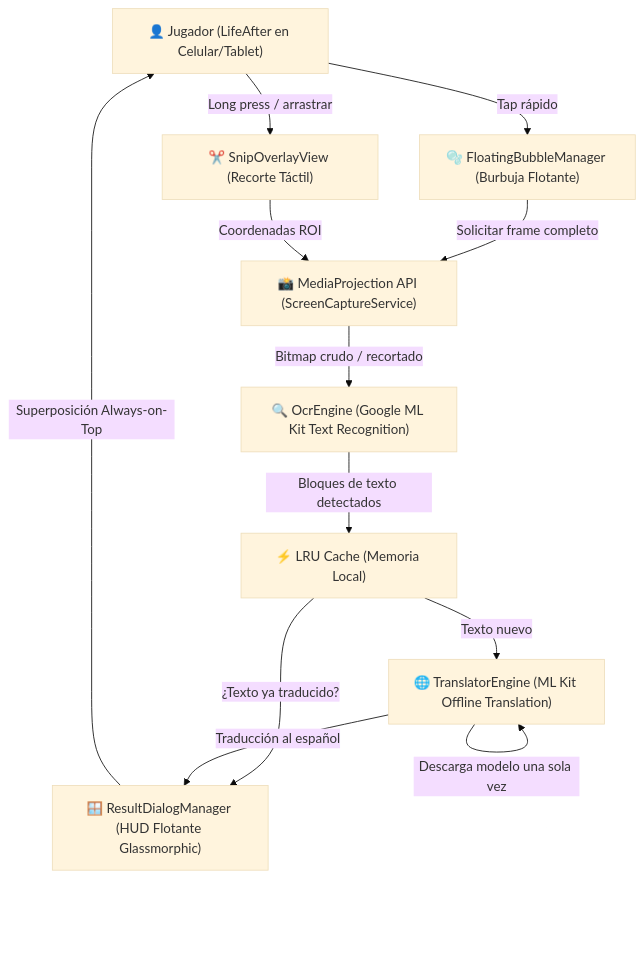
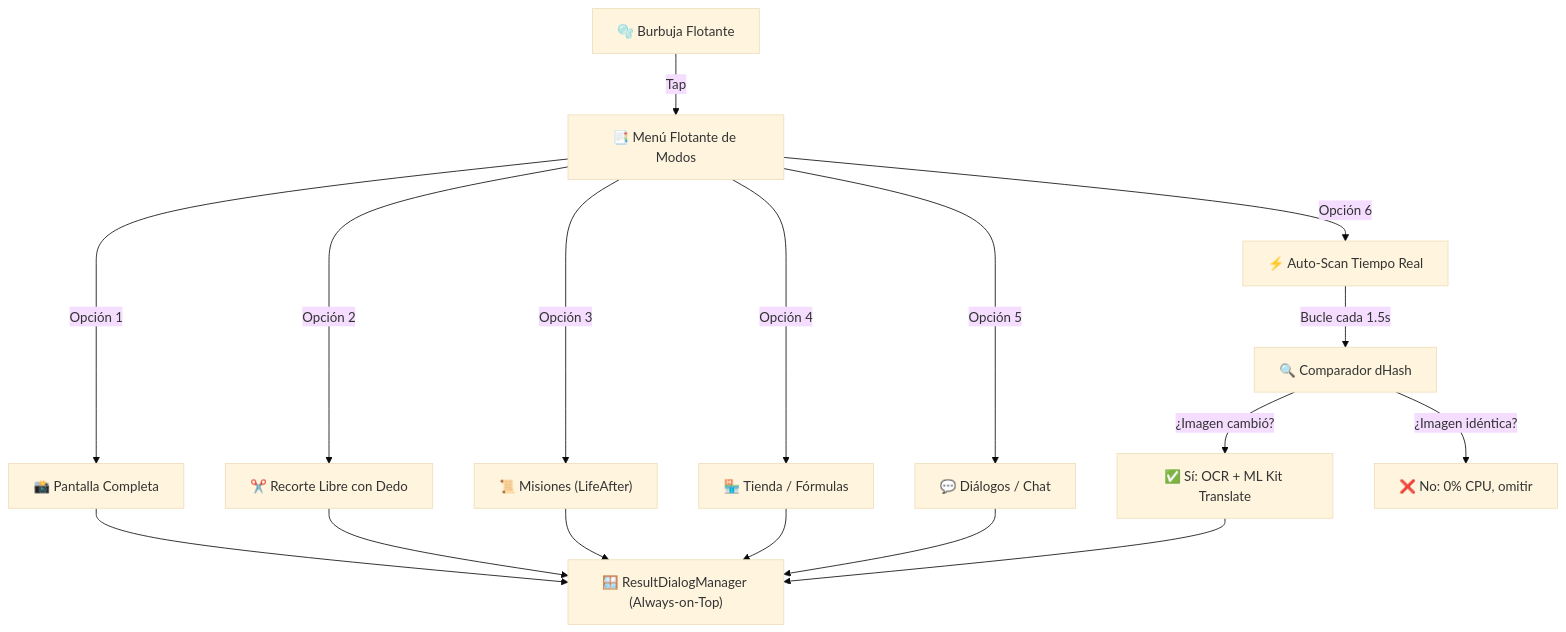
The diagram in docs/ARCHITECTURE.md (brayancortes22/traductor-de-juegos), drawn with Mermaid (base theme) before and after one commit. The commit also changed other lines of this file and 21 other files, not shown here.

Commit message:
feat: add real-time auto-scan with dHash, contextual LifeAfter modes (quests, shop, chat) and expandable floating menu

````diff
--- a/docs/ARCHITECTURE.md
+++ b/docs/ARCHITECTURE.md
@@ -10,23 +33,20 @@
 ```mermaid
 graph TD
-    User["👤 Jugador (LifeAfter en Celular/Tablet)"]
-    Bubble["🫧 FloatingBubbleManager (Burbuja Flotante)"]
-    Snip["✂️ SnipOverlayView (Recorte Táctil)"]
-    Capture["📸 MediaProjection API (ScreenCaptureService)"]
-    OCR["🔍 OcrEngine (Google ML Kit Text Recognition)"]
-    Cache["⚡ LRU Cache (Memoria Local)"]
-    Translate["🌐 TranslatorEngine (ML Kit Offline Translation)"]
-    ResultHUD["🪟 ResultDialogManager (HUD Flotante Glassmorphic)"]
+    Bubble["🫧 Burbuja Flotante"] -->|Tap| Menu["📑 Menú Flotante de Modos"]
+    Menu -->|Opción 1| Full["📸 Pantalla Completa"]
+    Menu -->|Opción 2| Crop["✂️ Recorte Libre con Dedo"]
+    Menu -->|Opción 3| Quests["📜 Misiones (LifeAfter)"]
+    Menu -->|Opción 4| Shop["🏪 Tienda / Fórmulas"]
+    Menu -->|Opción 5| Chat["💬 Diálogos / Chat"]
+    Menu -->|Opción 6| RealTime["⚡ Auto-Scan Tiempo Real"]
 
-    User -->|Tap rápido| Bubble
-    User -->|Long press / arrastrar| Snip
-    Bubble -->|Solicitar frame completo| Capture
-    Snip -->|Coordenadas ROI| Capture
-    Capture -->|Bitmap crudo / recortado| OCR
-    OCR -->|Bloques de texto detectados| Cache
-    Cache -->|¿Texto ya traducido?| ResultHUD
-    Cache -->|Texto nuevo| Translate
-    Translate -->|Descarga modelo una sola vez| Translate
-    Translate -->|Traducción al español| ResultHUD
-    ResultHUD -->|Superposición Always-on-Top| User
+    RealTime -->|Bucle cada 1.5s| dHash["🔍 Comparador dHash"]
+    dHash -->|¿Imagen cambió?| Yes["✅ Sí: OCR + ML Kit Translate"]
+    dHash -->|¿Imagen idéntica?| No["❌ No: 0% CPU, omitir"]
+    Yes --> HUD["🪟 ResultDialogManager (Always-on-Top)"]
+    Full --> HUD
+    Crop --> HUD
+    Quests --> HUD
+    Shop --> HUD
+    Chat --> HUD
 ```
````
